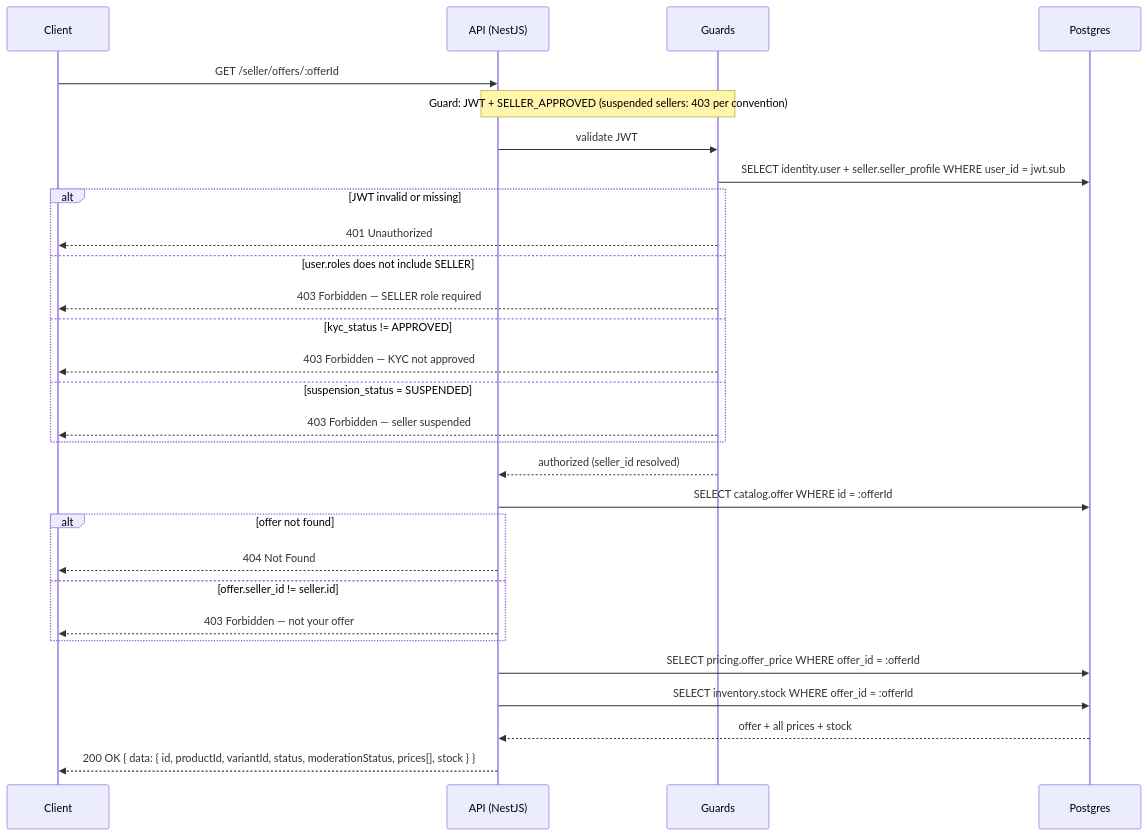
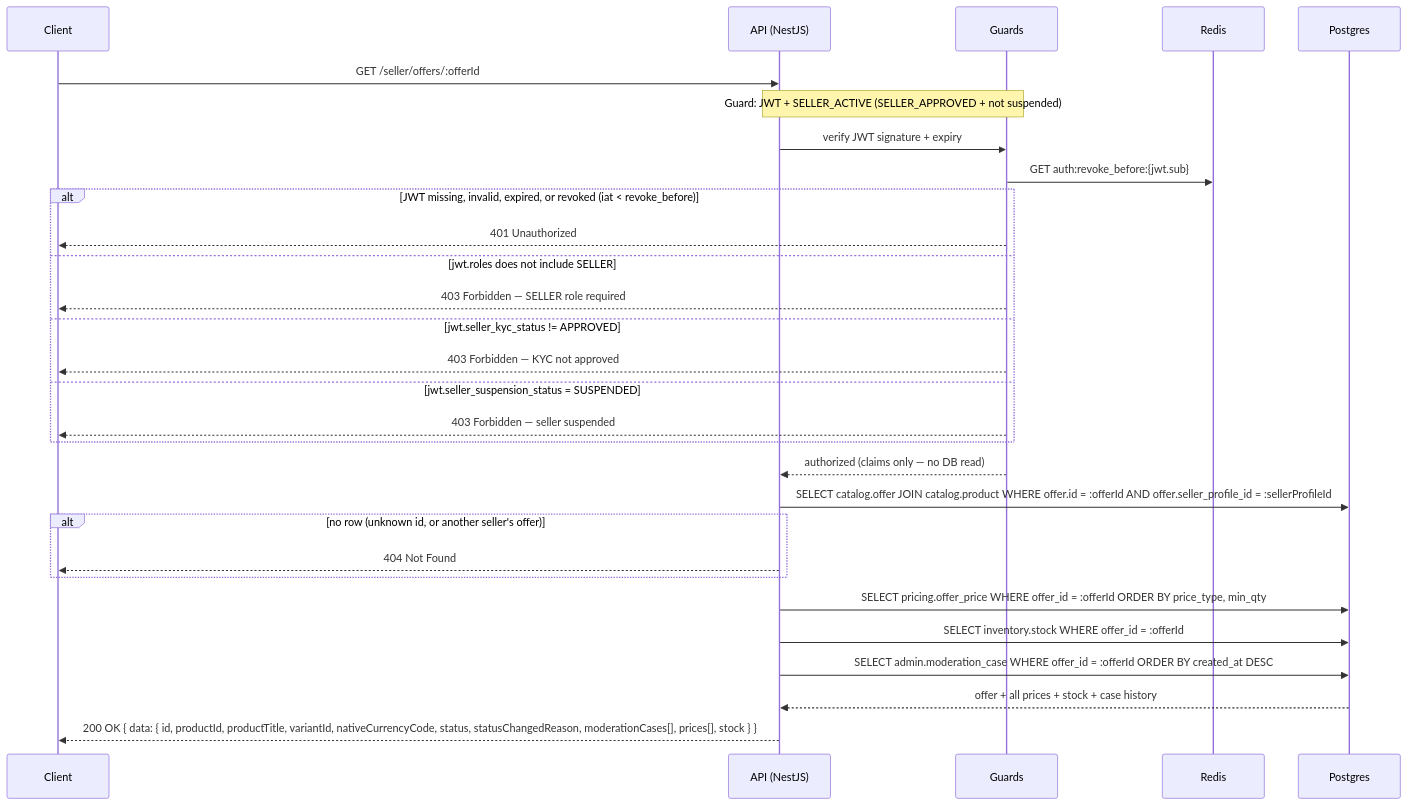
Before and after one commit to alisa-uthi/aliceut-ecom-document: the ninth of 23 diagrams in phase-1/technical-design/api-design/seller.md, drawn with Mermaid. The commit also changed other lines of this file and 73 other files, not shown here.

````diff
--- a/phase-1/technical-design/api-design/seller.md
+++ b/phase-1/technical-design/api-design/seller.md
@@ -566,34 +809,34 @@
 ```mermaid
 sequenceDiagram
     participant C as Client
     participant A as API (NestJS)
     participant G as Guards
+    participant R as Redis
     participant P as Postgres
 
     C->>A: GET /seller/offers/:offerId
-    Note over A,G: Guard: JWT + SELLER_APPROVED (suspended sellers: 403 per convention)
-    A->>G: validate JWT
-    G->>P: SELECT identity.user + seller.seller_profile WHERE user_id = jwt.sub
-    alt JWT invalid or missing
+    Note over A,G: Guard: JWT + SELLER_ACTIVE (SELLER_APPROVED + not suspended)
+    A->>G: verify JWT signature + expiry
+    G->>R: GET auth:revoke_before:{jwt.sub}
+    alt JWT missing, invalid, expired, or revoked (iat < revoke_before)
         G-->>C: 401 Unauthorized
-    else user.roles does not include SELLER
+    else jwt.roles does not include SELLER
         G-->>C: 403 Forbidden — SELLER role required
-    else kyc_status != APPROVED
+    else jwt.seller_kyc_status != APPROVED
         G-->>C: 403 Forbidden — KYC not approved
-    else suspension_status = SUSPENDED
+    else jwt.seller_suspension_status = SUSPENDED
         G-->>C: 403 Forbidden — seller suspended
     end
-    G-->>A: authorized (seller_id resolved)
+    G-->>A: authorized (claims only — no DB read)
 
-    A->>P: SELECT catalog.offer WHERE id = :offerId
-    alt offer not found
+    A->>P: SELECT catalog.offer JOIN catalog.product WHERE offer.id = :offerId AND offer.seller_profile_id = :sellerProfileId
+    alt no row (unknown id, or another seller's offer)
         A-->>C: 404 Not Found
-    else offer.seller_id != seller.id
-        A-->>C: 403 Forbidden — not your offer
     end
-    A->>P: SELECT pricing.offer_price WHERE offer_id = :offerId
+    A->>P: SELECT pricing.offer_price WHERE offer_id = :offerId ORDER BY price_type, min_qty
     A->>P: SELECT inventory.stock WHERE offer_id = :offerId
-    P-->>A: offer + all prices + stock
+    A->>P: SELECT admin.moderation_case WHERE offer_id = :offerId ORDER BY created_at DESC
+    P-->>A: offer + all prices + stock + case history
 
-    A-->>C: 200 OK { data: { id, productId, variantId, status, moderationStatus, prices[], stock } }
+    A-->>C: 200 OK { data: { id, productId, productTitle, variantId, nativeCurrencyCode, status, statusChangedReason, moderationCases[], prices[], stock } }
 ```
````
